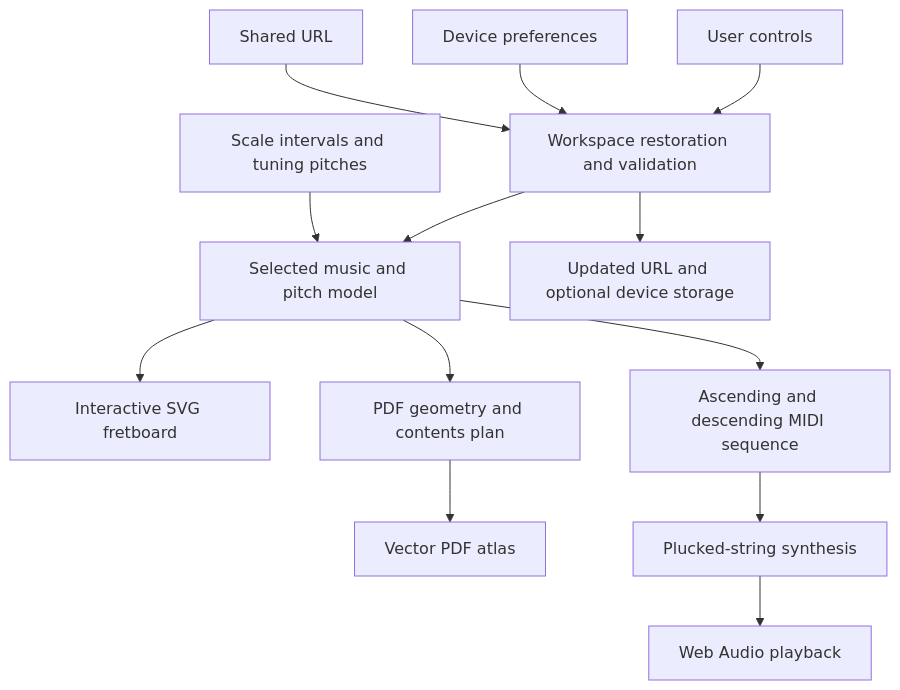
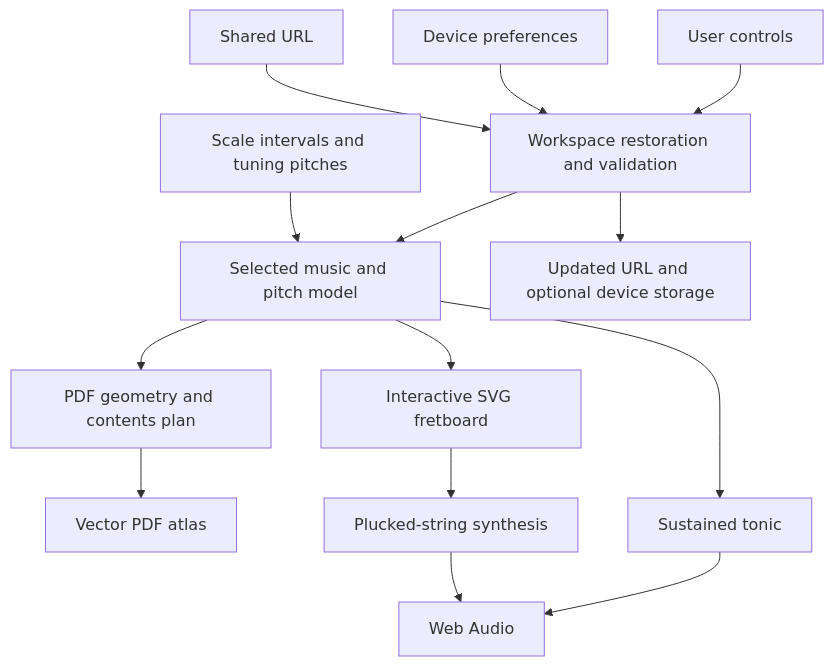
One commit to lucasmkrx/scales changed the diagram in docs/architecture.md. Above: the diagram before and after it, drawn with Mermaid. The commit also changed other lines of this file and 32 other files, not shown here.

````diff
--- a/docs/architecture.md
+++ b/docs/architecture.md
@@ -9,15 +9,16 @@
 ```mermaid
 flowchart TD
     URL[Shared URL] --> State[Workspace restoration and validation]
     Device[Device preferences] --> State
     UI[User controls] --> State
     Catalog[Scale intervals and tuning pitches] --> Music[Selected music and pitch model]
     State --> Music
     Music --> SVG[Interactive SVG fretboard]
     Music --> Layout[PDF geometry and contents plan]
     Layout --> PDF[Vector PDF atlas]
-    Music --> Sequence[Ascending and descending MIDI sequence]
-    Sequence --> Synth[Plucked-string synthesis]
-    Synth --> Audio[Web Audio playback]
+    SVG --> Synth[Plucked-string synthesis]
+    Music --> Tonic[Sustained tonic]
+    Synth --> Audio[Web Audio]
+    Tonic --> Audio
     State --> Saved[Updated URL and optional device storage]
 ```
````
